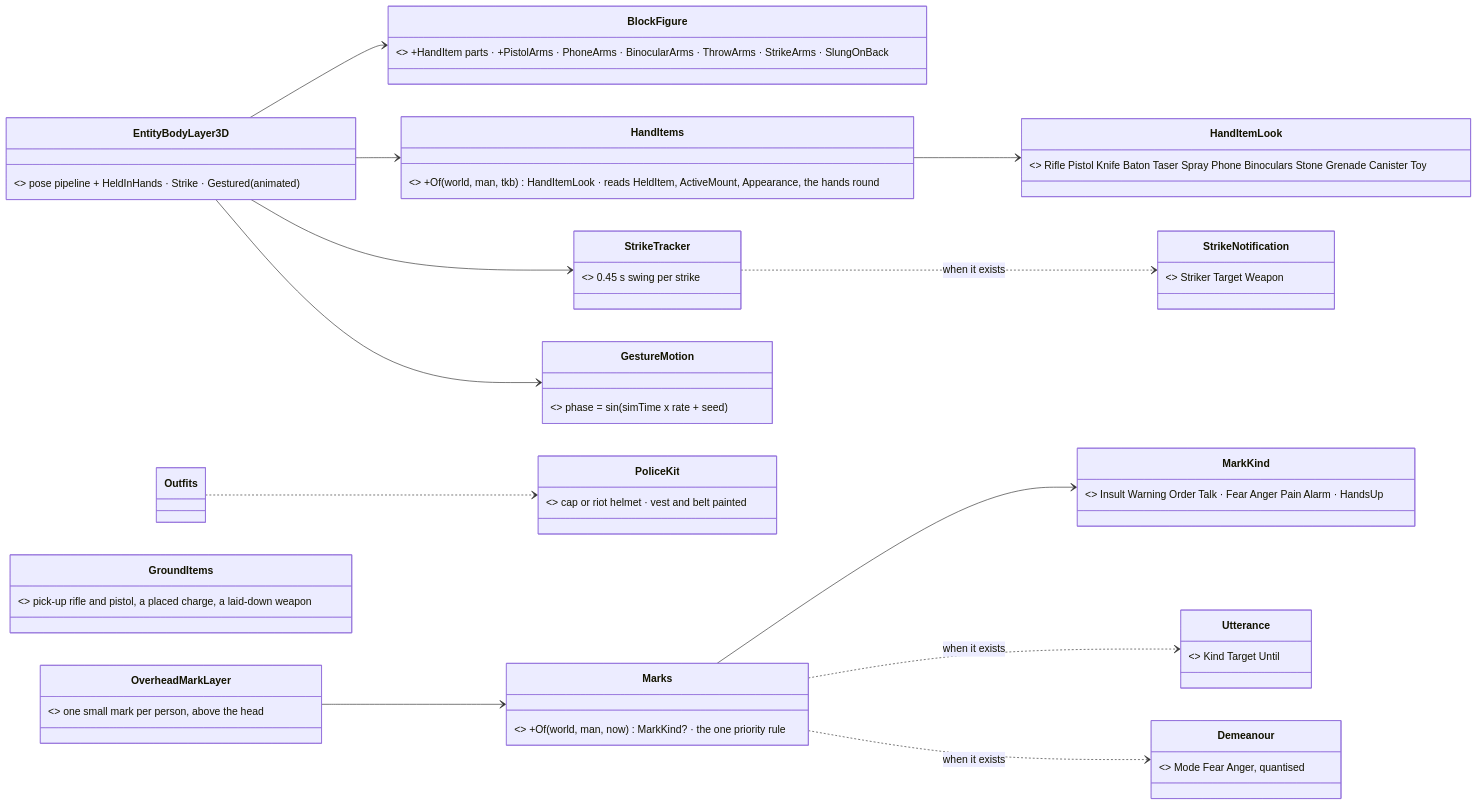
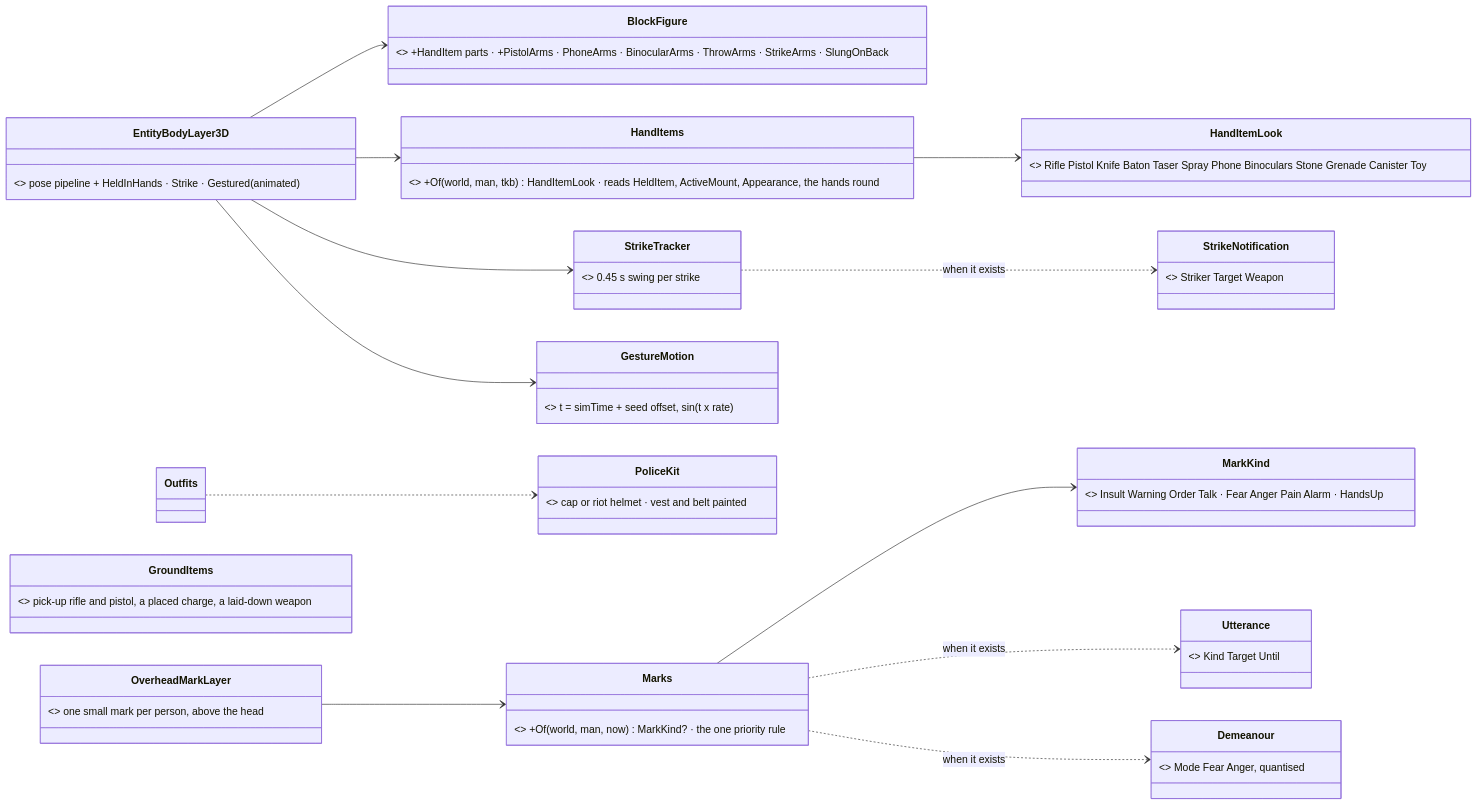
One commit to pjanec/HROT changed the first of 4 diagrams in docs/DESIGN_People_Display.md. Above: the diagram before and after it, drawn with Mermaid. The commit also changed other lines of this file and 8 other files, not shown here.

````diff
--- a/docs/DESIGN_People_Display.md
+++ b/docs/DESIGN_People_Display.md
@@ -75,29 +75,29 @@
 ```mermaid
 classDiagram
   direction LR
   class EntityBodyLayer3D { <<existing, grows>> pose pipeline + HeldInHands · Strike · Gestured(animated) }
   class BlockFigure { <<existing, grows>> +HandItem parts · +PistolArms · PhoneArms · BinocularArms · ThrowArms · StrikeArms · SlungOnBack }
   class HandItemLook { <<NEW>> Rifle Pistol Knife Baton Taser Spray Phone Binoculars Stone Grenade Canister Toy }
   class HandItems { <<NEW, pure>> +Of(world, man, tkb) HandItemLook · reads HeldItem, ActiveMount, Appearance, the hands round }
   class StrikeTracker { <<NEW, PostureBlend shape>> 0.45 s swing per strike }
-  class GestureMotion { <<NEW, stateless>> phase = sin(simTime x rate + seed) }
+  class GestureMotion { <<BUILT as GestureClock + GestureArms t, no class>> t = simTime + seed offset, sin(t x rate) }
   class PoliceKit { <<NEW in Outfits + BodySurface>> cap or riot helmet · vest and belt painted }
   class OverheadMarkLayer { <<NEW IMapLayer, 2-D + 3-D>> one small mark per person, above the head }
   class MarkKind { <<NEW>> Insult Warning Order Talk · Fear Anger Pain Alarm · HandsUp }
   class Marks { <<NEW, pure>> +Of(world, man, now) MarkKind? · the one priority rule }
   class GroundItems { <<in ProjectileLayer / body kits>> pick-up rifle and pistol, a placed charge, a laid-down weapon }
   class Utterance { <<GAP G1 — backend + behaviors>> Kind Target Until }
   class Demeanour { <<GAP G2 — backend + behaviors>> Mode Fear Anger, quantised }
   class StrikeNotification { <<GAP G3 — backend>> Striker Target Weapon }
   EntityBodyLayer3D --> BlockFigure
   EntityBodyLayer3D --> HandItems
   EntityBodyLayer3D --> StrikeTracker
   EntityBodyLayer3D --> GestureMotion
   HandItems --> HandItemLook
   OverheadMarkLayer --> Marks
   Marks --> MarkKind
   Marks ..> Utterance : when it exists
   Marks ..> Demeanour : when it exists
   StrikeTracker ..> StrikeNotification : when it exists
   Outfits ..> PoliceKit
 ```
````
